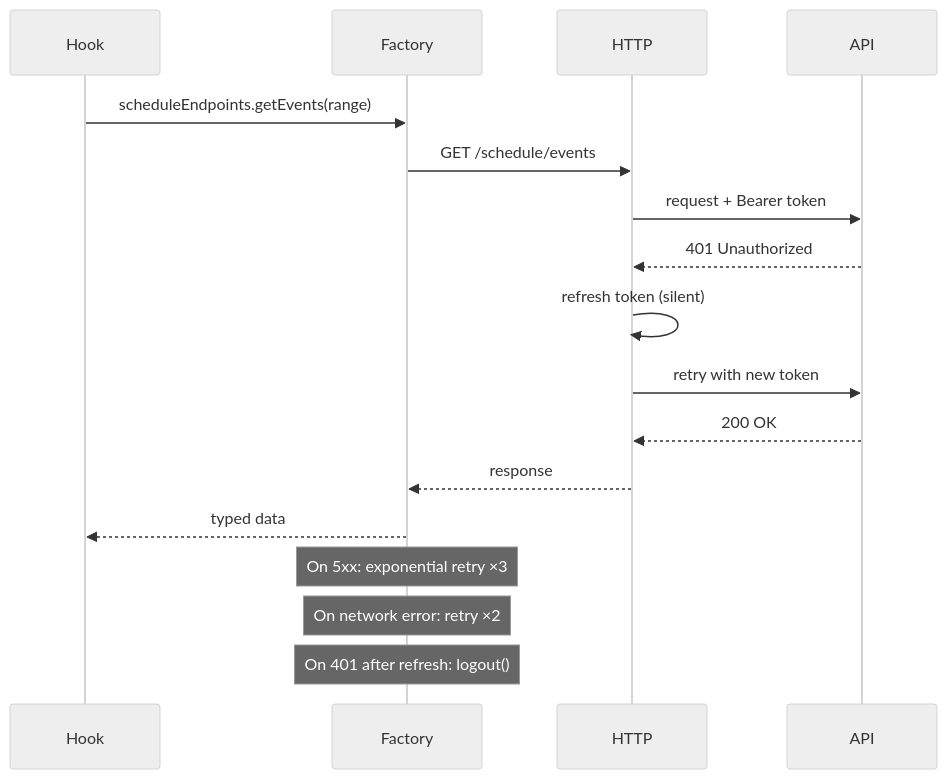
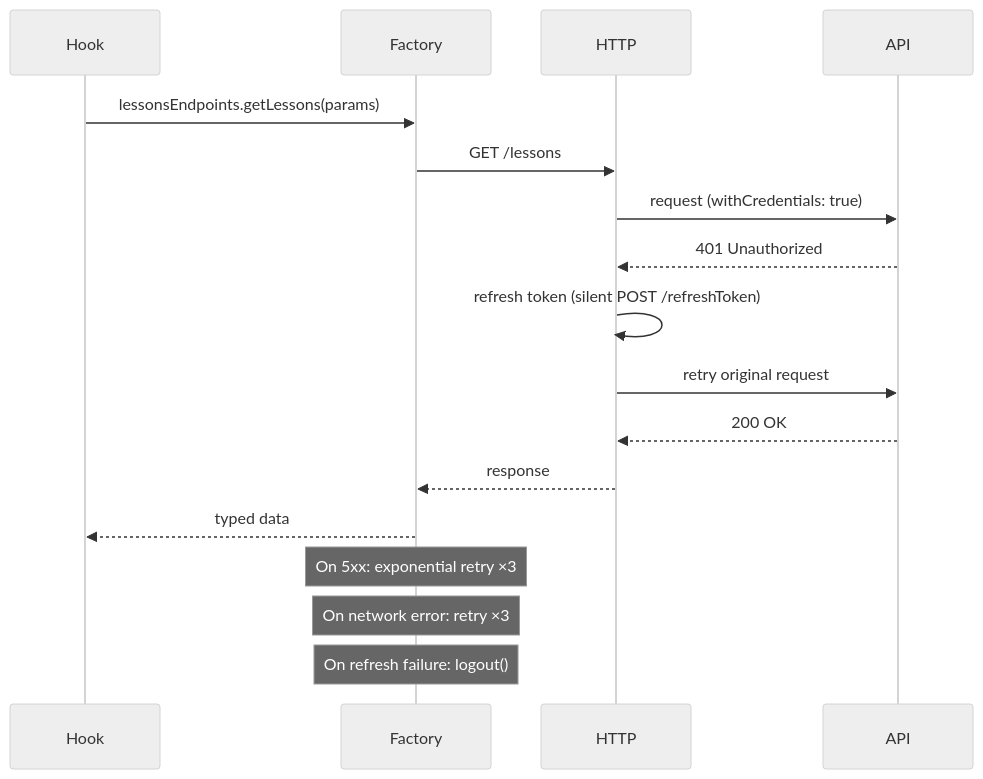
Before and after one commit to LearnForgeDev/Frontend: the fourth of 7 diagrams in ARCHITECTURE.md, drawn with Mermaid (neutral theme). The commit also changed other lines of this file and 1 other file, not shown here.

Commit message:
docs: update architecture documentation and tech stack versions

````diff
--- a/ARCHITECTURE.md
+++ b/ARCHITECTURE.md
@@ -218,21 +218,21 @@
 ```mermaid
 sequenceDiagram
     participant Hook
     participant Factory
     participant HTTP
     participant API
-
-    Hook->>Factory: scheduleEndpoints.getEvents(range)
-    Factory->>HTTP: GET /schedule/events
-    HTTP->>API: request + Bearer token
+ 
+    Hook->>Factory: lessonsEndpoints.getLessons(params)
+    Factory->>HTTP: GET /lessons
+    HTTP->>API: request (withCredentials: true)
     API-->>HTTP: 401 Unauthorized
-    HTTP->>HTTP: refresh token (silent)
-    HTTP->>API: retry with new token
+    HTTP->>HTTP: refresh token (silent POST /refreshToken)
+    HTTP->>API: retry original request
     API-->>HTTP: 200 OK
     HTTP-->>Factory: response
     Factory-->>Hook: typed data
-
+ 
     Note over Factory: On 5xx: exponential retry ×3
-    Note over Factory: On network error: retry ×2
-    Note over Factory: On 401 after refresh: logout()
+    Note over Factory: On network error: retry ×3
+    Note over Factory: On refresh failure: logout()
 ```
````
